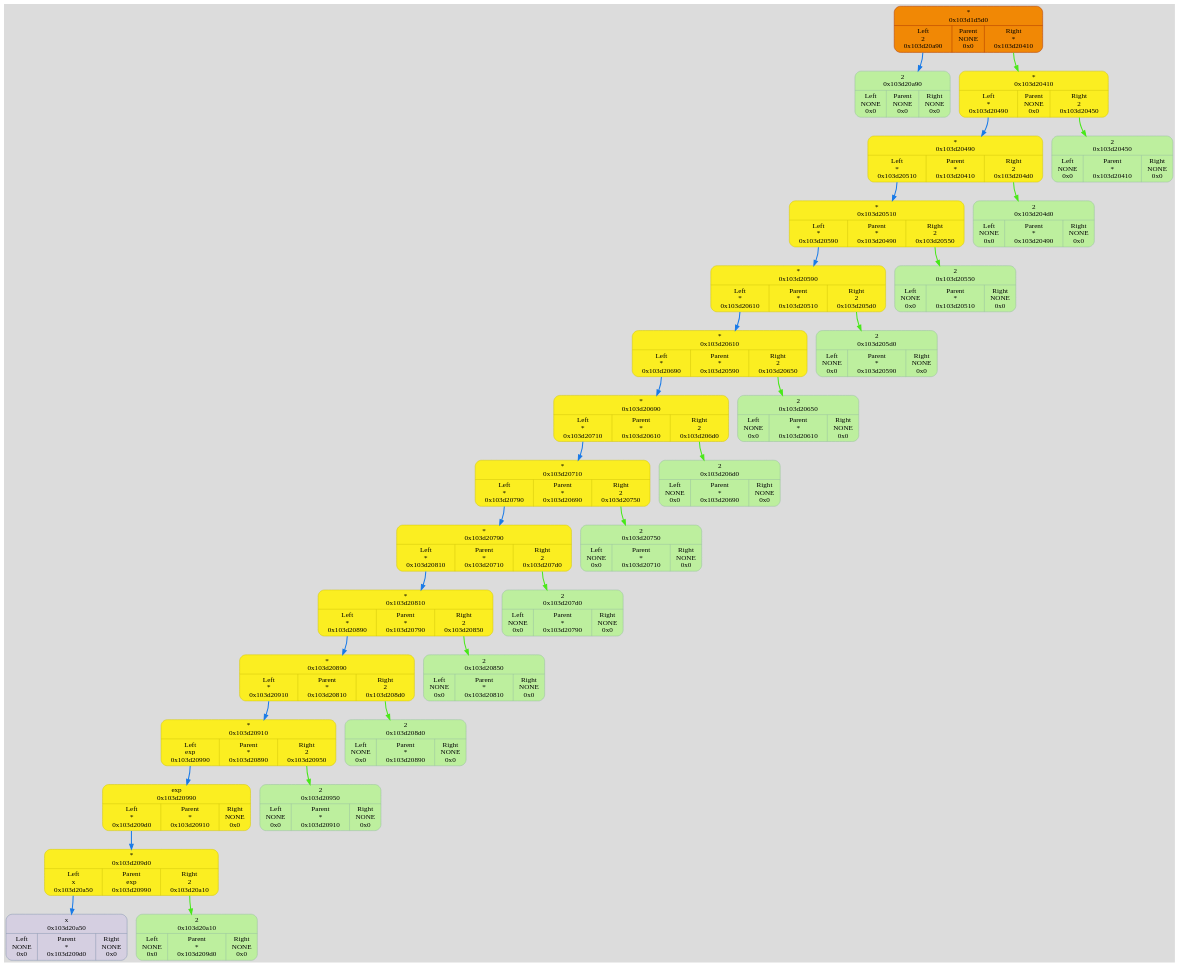
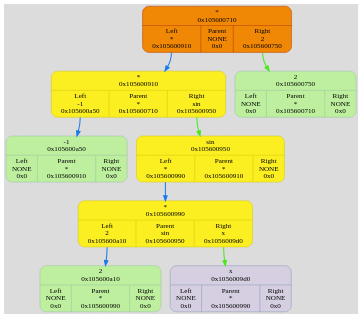
Before and after one commit to TolikRogov/Differentiator: the diagram in dump/graph.dot, drawn with Graphviz. The commit also changed 36 other files, not shown here.

```diff
--- a/dump/graph.dot
+++ b/dump/graph.dot
@@ -2,87 +2,27 @@
 	fontname = "UbuntuMono";
 	bgcolor = "#DCDCDC";
 
-	node0x103d1d5d0 [ shape = Mrecord; style = filled; fillcolor = "#FBEE21"; color = "#D3C70D"; fontcolor = "#000000"; label = " { *\n0x103d1d5d0 | { <left> Left\n2\n0x103d20a90 | Parent\nNONE\n0x0 | <right> Right\n*\n0x103d20410 } } "; ];
-	node0x103d1d5d0:<left> -> node0x103d20a90 [ style = "bold"; color = "#187AE8"; label = ""; ];
-	node0x103d20a90 [ shape = Mrecord; style = filled; fillcolor = "#BDEF9E"; color = "#99c2a2"; fontcolor = "#000000"; label = " { 2\n0x103d20a90 | { <left> Left\nNONE\n0x0 | Parent\nNONE\n0x0 | <right> Right\nNONE\n0x0 } } "; ];
-	node0x103d1d5d0 [ fillcolor = "#F18805"; color = "#AF3800"; fontcolor = "#000000"; ];
-	node0x103d20410 [ shape = Mrecord; style = filled; fillcolor = "#FBEE21"; color = "#D3C70D"; fontcolor = "#000000"; label = " { *\n0x103d20410 | { <left> Left\n*\n0x103d20490 | Parent\nNONE\n0x0 | <right> Right\n2\n0x103d20450 } } "; ];
-	node0x103d20410:<left> -> node0x103d20490 [ style = "bold"; color = "#187AE8"; label = ""; ];
-	node0x103d20490 [ shape = Mrecord; style = filled; fillcolor = "#FBEE21"; color = "#D3C70D"; fontcolor = "#000000"; label = " { *\n0x103d20490 | { <left> Left\n*\n0x103d20510 | Parent\n*\n0x103d20410 | <right> Right\n2\n0x103d204d0 } } "; ];
-	node0x103d20490:<left> -> node0x103d20510 [ style = "bold"; color = "#187AE8"; label = ""; ];
-	node0x103d20510 [ shape = Mrecord; style = filled; fillcolor = "#FBEE21"; color = "#D3C70D"; fontcolor = "#000000"; label = " { *\n0x103d20510 | { <left> Left\n*\n0x103d20590 | Parent\n*\n0x103d20490 | <right> Right\n2\n0x103d20550 } } "; ];
-	node0x103d20510:<left> -> node0x103d20590 [ style = "bold"; color = "#187AE8"; label = ""; ];
-	node0x103d20590 [ shape = Mrecord; style = filled; fillcolor = "#FBEE21"; color = "#D3C70D"; fontcolor = "#000000"; label = " { *\n0x103d20590 | { <left> Left\n*\n0x103d20610 | Parent\n*\n0x103d20510 | <right> Right\n2\n0x103d205d0 } } "; ];
-	node0x103d20590:<left> -> node0x103d20610 [ style = "bold"; color = "#187AE8"; label = ""; ];
-	node0x103d20610 [ shape = Mrecord; style = filled; fillcolor = "#FBEE21"; color = "#D3C70D"; fontcolor = "#000000"; label = " { *\n0x103d20610 | { <left> Left\n*\n0x103d20690 | Parent\n*\n0x103d20590 | <right> Right\n2\n0x103d20650 } } "; ];
-	node0x103d20610:<left> -> node0x103d20690 [ style = "bold"; color = "#187AE8"; label = ""; ];
-	node0x103d20690 [ shape = Mrecord; style = filled; fillcolor = "#FBEE21"; color = "#D3C70D"; fontcolor = "#000000"; label = " { *\n0x103d20690 | { <left> Left\n*\n0x103d20710 | Parent\n*\n0x103d20610 | <right> Right\n2\n0x103d206d0 } } "; ];
-	node0x103d20690:<left> -> node0x103d20710 [ style = "bold"; color = "#187AE8"; label = ""; ];
-	node0x103d20710 [ shape = Mrecord; style = filled; fillcolor = "#FBEE21"; color = "#D3C70D"; fontcolor = "#000000"; label = " { *\n0x103d20710 | { <left> Left\n*\n0x103d20790 | Parent\n*\n0x103d20690 | <right> Right\n2\n0x103d20750 } } "; ];
-	node0x103d20710:<left> -> node0x103d20790 [ style = "bold"; color = "#187AE8"; label = ""; ];
-	node0x103d20790 [ shape = Mrecord; style = filled; fillcolor = "#FBEE21"; color = "#D3C70D"; fontcolor = "#000000"; label = " { *\n0x103d20790 | { <left> Left\n*\n0x103d20810 | Parent\n*\n0x103d20710 | <right> Right\n2\n0x103d207d0 } } "; ];
-	node0x103d20790:<left> -> node0x103d20810 [ style = "bold"; color = "#187AE8"; label = ""; ];
-	node0x103d20810 [ shape = Mrecord; style = filled; fillcolor = "#FBEE21"; color = "#D3C70D"; fontcolor = "#000000"; label = " { *\n0x103d20810 | { <left> Left\n*\n0x103d20890 | Parent\n*\n0x103d20790 | <right> Right\n2\n0x103d20850 } } "; ];
-	node0x103d20810:<left> -> node0x103d20890 [ style = "bold"; color = "#187AE8"; label = ""; ];
-	node0x103d20890 [ shape = Mrecord; style = filled; fillcolor = "#FBEE21"; color = "#D3C70D"; fontcolor = "#000000"; label = " { *\n0x103d20890 | { <left> Left\n*\n0x103d20910 | Parent\n*\n0x103d20810 | <right> Right\n2\n0x103d208d0 } } "; ];
-	node0x103d20890:<left> -> node0x103d20910 [ style = "bold"; color = "#187AE8"; label = ""; ];
-	node0x103d20910 [ shape = Mrecord; style = filled; fillcolor = "#FBEE21"; color = "#D3C70D"; fontcolor = "#000000"; label = " { *\n0x103d20910 | { <left> Left\nexp\n0x103d20990 | Parent\n*\n0x103d20890 | <right> Right\n2\n0x103d20950 } } "; ];
-	node0x103d20910:<left> -> node0x103d20990 [ style = "bold"; color = "#187AE8"; label = ""; ];
-	node0x103d20990 [ shape = Mrecord; style = filled; fillcolor = "#FBEE21"; color = "#D3C70D"; fontcolor = "#000000"; label = " { exp\n0x103d20990 | { <left> Left\n*\n0x103d209d0 | Parent\n*\n0x103d20910 | <right> Right\nNONE\n0x0 } } "; ];
-	node0x103d20990:<left> -> node0x103d209d0 [ style = "bold"; color = "#187AE8"; label = ""; ];
-	node0x103d209d0 [ shape = Mrecord; style = filled; fillcolor = "#FBEE21"; color = "#D3C70D"; fontcolor = "#000000"; label = " { *\n0x103d209d0 | { <left> Left\nx\n0x103d20a50 | Parent\nexp\n0x103d20990 | <right> Right\n2\n0x103d20a10 } } "; ];
-	node0x103d209d0:<left> -> node0x103d20a50 [ style = "bold"; color = "#187AE8"; label = ""; ];
-	node0x103d20a50 [ shape = Mrecord; style = filled; fillcolor = "#D5CFE1"; color = "#8797b2"; fontcolor = "#000000"; label = " { x\n0x103d20a50 | { <left> Left\nNONE\n0x0 | Parent\n*\n0x103d209d0 | <right> Right\nNONE\n0x0 } } "; ];
-	node0x103d1d5d0 [ fillcolor = "#F18805"; color = "#AF3800"; fontcolor = "#000000"; ];
-	node0x103d20a10 [ shape = Mrecord; style = filled; fillcolor = "#BDEF9E"; color = "#99c2a2"; fontcolor = "#000000"; label = " { 2\n0x103d20a10 | { <left> Left\nNONE\n0x0 | Parent\n*\n0x103d209d0 | <right> Right\nNONE\n0x0 } } "; ];
-	node0x103d1d5d0 [ fillcolor = "#F18805"; color = "#AF3800"; fontcolor = "#000000"; ];
-	node0x103d209d0:<right> -> node0x103d20a10 [ style = "bold"; color = "#48E818"; label = ""; ];
-	node0x103d1d5d0 [ fillcolor = "#F18805"; color = "#AF3800"; fontcolor = "#000000"; ];
-	node0x103d1d5d0 [ fillcolor = "#F18805"; color = "#AF3800"; fontcolor = "#000000"; ];
-	node0x103d20950 [ shape = Mrecord; style = filled; fillcolor = "#BDEF9E"; color = "#99c2a2"; fontcolor = "#000000"; label = " { 2\n0x103d20950 | { <left> Left\nNONE\n0x0 | Parent\n*\n0x103d20910 | <right> Right\nNONE\n0x0 } } "; ];
-	node0x103d1d5d0 [ fillcolor = "#F18805"; color = "#AF3800"; fontcolor = "#000000"; ];
-	node0x103d20910:<right> -> node0x103d20950 [ style = "bold"; color = "#48E818"; label = ""; ];
-	node0x103d1d5d0 [ fillcolor = "#F18805"; color = "#AF3800"; fontcolor = "#000000"; ];
-	node0x103d208d0 [ shape = Mrecord; style = filled; fillcolor = "#BDEF9E"; color = "#99c2a2"; fontcolor = "#000000"; label = " { 2\n0x103d208d0 | { <left> Left\nNONE\n0x0 | Parent\n*\n0x103d20890 | <right> Right\nNONE\n0x0 } } "; ];
-	node0x103d1d5d0 [ fillcolor = "#F18805"; color = "#AF3800"; fontcolor = "#000000"; ];
-	node0x103d20890:<right> -> node0x103d208d0 [ style = "bold"; color = "#48E818"; label = ""; ];
-	node0x103d1d5d0 [ fillcolor = "#F18805"; color = "#AF3800"; fontcolor = "#000000"; ];
-	node0x103d20850 [ shape = Mrecord; style = filled; fillcolor = "#BDEF9E"; color = "#99c2a2"; fontcolor = "#000000"; label = " { 2\n0x103d20850 | { <left> Left\nNONE\n0x0 | Parent\n*\n0x103d20810 | <right> Right\nNONE\n0x0 } } "; ];
-	node0x103d1d5d0 [ fillcolor = "#F18805"; color = "#AF3800"; fontcolor = "#000000"; ];
-	node0x103d20810:<right> -> node0x103d20850 [ style = "bold"; color = "#48E818"; label = ""; ];
-	node0x103d1d5d0 [ fillcolor = "#F18805"; color = "#AF3800"; fontcolor = "#000000"; ];
-	node0x103d207d0 [ shape = Mrecord; style = filled; fillcolor = "#BDEF9E"; color = "#99c2a2"; fontcolor = "#000000"; label = " { 2\n0x103d207d0 | { <left> Left\nNONE\n0x0 | Parent\n*\n0x103d20790 | <right> Right\nNONE\n0x0 } } "; ];
-	node0x103d1d5d0 [ fillcolor = "#F18805"; color = "#AF3800"; fontcolor = "#000000"; ];
-	node0x103d20790:<right> -> node0x103d207d0 [ style = "bold"; color = "#48E818"; label = ""; ];
-	node0x103d1d5d0 [ fillcolor = "#F18805"; color = "#AF3800"; fontcolor = "#000000"; ];
-	node0x103d20750 [ shape = Mrecord; style = filled; fillcolor = "#BDEF9E"; color = "#99c2a2"; fontcolor = "#000000"; label = " { 2\n0x103d20750 | { <left> Left\nNONE\n0x0 | Parent\n*\n0x103d20710 | <right> Right\nNONE\n0x0 } } "; ];
-	node0x103d1d5d0 [ fillcolor = "#F18805"; color = "#AF3800"; fontcolor = "#000000"; ];
-	node0x103d20710:<right> -> node0x103d20750 [ style = "bold"; color = "#48E818"; label = ""; ];
-	node0x103d1d5d0 [ fillcolor = "#F18805"; color = "#AF3800"; fontcolor = "#000000"; ];
-	node0x103d206d0 [ shape = Mrecord; style = filled; fillcolor = "#BDEF9E"; color = "#99c2a2"; fontcolor = "#000000"; label = " { 2\n0x103d206d0 | { <left> Left\nNONE\n0x0 | Parent\n*\n0x103d20690 | <right> Right\nNONE\n0x0 } } "; ];
-	node0x103d1d5d0 [ fillcolor = "#F18805"; color = "#AF3800"; fontcolor = "#000000"; ];
-	node0x103d20690:<right> -> node0x103d206d0 [ style = "bold"; color = "#48E818"; label = ""; ];
-	node0x103d1d5d0 [ fillcolor = "#F18805"; color = "#AF3800"; fontcolor = "#000000"; ];
-	node0x103d20650 [ shape = Mrecord; style = filled; fillcolor = "#BDEF9E"; color = "#99c2a2"; fontcolor = "#000000"; label = " { 2\n0x103d20650 | { <left> Left\nNONE\n0x0 | Parent\n*\n0x103d20610 | <right> Right\nNONE\n0x0 } } "; ];
-	node0x103d1d5d0 [ fillcolor = "#F18805"; color = "#AF3800"; fontcolor = "#000000"; ];
-	node0x103d20610:<right> -> node0x103d20650 [ style = "bold"; color = "#48E818"; label = ""; ];
-	node0x103d1d5d0 [ fillcolor = "#F18805"; color = "#AF3800"; fontcolor = "#000000"; ];
-	node0x103d205d0 [ shape = Mrecord; style = filled; fillcolor = "#BDEF9E"; color = "#99c2a2"; fontcolor = "#000000"; label = " { 2\n0x103d205d0 | { <left> Left\nNONE\n0x0 | Parent\n*\n0x103d20590 | <right> Right\nNONE\n0x0 } } "; ];
-	node0x103d1d5d0 [ fillcolor = "#F18805"; color = "#AF3800"; fontcolor = "#000000"; ];
-	node0x103d20590:<right> -> node0x103d205d0 [ style = "bold"; color = "#48E818"; label = ""; ];
-	node0x103d1d5d0 [ fillcolor = "#F18805"; color = "#AF3800"; fontcolor = "#000000"; ];
-	node0x103d20550 [ shape = Mrecord; style = filled; fillcolor = "#BDEF9E"; color = "#99c2a2"; fontcolor = "#000000"; label = " { 2\n0x103d20550 | { <left> Left\nNONE\n0x0 | Parent\n*\n0x103d20510 | <right> Right\nNONE\n0x0 } } "; ];
-	node0x103d1d5d0 [ fillcolor = "#F18805"; color = "#AF3800"; fontcolor = "#000000"; ];
-	node0x103d20510:<right> -> node0x103d20550 [ style = "bold"; color = "#48E818"; label = ""; ];
-	node0x103d1d5d0 [ fillcolor = "#F18805"; color = "#AF3800"; fontcolor = "#000000"; ];
-	node0x103d204d0 [ shape = Mrecord; style = filled; fillcolor = "#BDEF9E"; color = "#99c2a2"; fontcolor = "#000000"; label = " { 2\n0x103d204d0 | { <left> Left\nNONE\n0x0 | Parent\n*\n0x103d20490 | <right> Right\nNONE\n0x0 } } "; ];
-	node0x103d1d5d0 [ fillcolor = "#F18805"; color = "#AF3800"; fontcolor = "#000000"; ];
-	node0x103d20490:<right> -> node0x103d204d0 [ style = "bold"; color = "#48E818"; label = ""; ];
-	node0x103d1d5d0 [ fillcolor = "#F18805"; color = "#AF3800"; fontcolor = "#000000"; ];
-	node0x103d20450 [ shape = Mrecord; style = filled; fillcolor = "#BDEF9E"; color = "#99c2a2"; fontcolor = "#000000"; label = " { 2\n0x103d20450 | { <left> Left\nNONE\n0x0 | Parent\n*\n0x103d20410 | <right> Right\nNONE\n0x0 } } "; ];
-	node0x103d1d5d0 [ fillcolor = "#F18805"; color = "#AF3800"; fontcolor = "#000000"; ];
-	node0x103d20410:<right> -> node0x103d20450 [ style = "bold"; color = "#48E818"; label = ""; ];
-	node0x103d1d5d0 [ fillcolor = "#F18805"; color = "#AF3800"; fontcolor = "#000000"; ];
-	node0x103d1d5d0:<right> -> node0x103d20410 [ style = "bold"; color = "#48E818"; label = ""; ];
-	node0x103d1d5d0 [ fillcolor = "#F18805"; color = "#AF3800"; fontcolor = "#000000"; ];
+	node0x105600710 [ shape = Mrecord; style = filled; fillcolor = "#FBEE21"; color = "#D3C70D"; fontcolor = "#000000"; label = " { *\n0x105600710 | { <left> Left\n*\n0x105600910 | Parent\nNONE\n0x0 | <right> Right\n2\n0x105600750 } } "; ];
+	node0x105600710:<left> -> node0x105600910 [ style = "bold"; color = "#187AE8"; label = ""; ];
+	node0x105600910 [ shape = Mrecord; style = filled; fillcolor = "#FBEE21"; color = "#D3C70D"; fontcolor = "#000000"; label = " { *\n0x105600910 | { <left> Left\n-1\n0x105600a50 | Parent\n*\n0x105600710 | <right> Right\nsin\n0x105600950 } } "; ];
+	node0x105600910:<left> -> node0x105600a50 [ style = "bold"; color = "#187AE8"; label = ""; ];
+	node0x105600a50 [ shape = Mrecord; style = filled; fillcolor = "#BDEF9E"; color = "#99c2a2"; fontcolor = "#000000"; label = " { -1\n0x105600a50 | { <left> Left\nNONE\n0x0 | Parent\n*\n0x105600910 | <right> Right\nNONE\n0x0 } } "; ];
+	node0x105600710 [ fillcolor = "#F18805"; color = "#AF3800"; fontcolor = "#000000"; ];
+	node0x105600950 [ shape = Mrecord; style = filled; fillcolor = "#FBEE21"; color = "#D3C70D"; fontcolor = "#000000"; label = " { sin\n0x105600950 | { <left> Left\n*\n0x105600990 | Parent\n*\n0x105600910 | <right> Right\nNONE\n0x0 } } "; ];
+	node0x105600950:<left> -> node0x105600990 [ style = "bold"; color = "#187AE8"; label = ""; ];
+	node0x105600990 [ shape = Mrecord; style = filled; fillcolor = "#FBEE21"; color = "#D3C70D"; fontcolor = "#000000"; label = " { *\n0x105600990 | { <left> Left\n2\n0x105600a10 | Parent\nsin\n0x105600950 | <right> Right\nx\n0x1056009d0 } } "; ];
+	node0x105600990:<left> -> node0x105600a10 [ style = "bold"; color = "#187AE8"; label = ""; ];
+	node0x105600a10 [ shape = Mrecord; style = filled; fillcolor = "#BDEF9E"; color = "#99c2a2"; fontcolor = "#000000"; label = " { 2\n0x105600a10 | { <left> Left\nNONE\n0x0 | Parent\n*\n0x105600990 | <right> Right\nNONE\n0x0 } } "; ];
+	node0x105600710 [ fillcolor = "#F18805"; color = "#AF3800"; fontcolor = "#000000"; ];
+	node0x1056009d0 [ shape = Mrecord; style = filled; fillcolor = "#D5CFE1"; color = "#8797b2"; fontcolor = "#000000"; label = " { x\n0x1056009d0 | { <left> Left\nNONE\n0x0 | Parent\n*\n0x105600990 | <right> Right\nNONE\n0x0 } } "; ];
+	node0x105600710 [ fillcolor = "#F18805"; color = "#AF3800"; fontcolor = "#000000"; ];
+	node0x105600990:<right> -> node0x1056009d0 [ style = "bold"; color = "#48E818"; label = ""; ];
+	node0x105600710 [ fillcolor = "#F18805"; color = "#AF3800"; fontcolor = "#000000"; ];
+	node0x105600710 [ fillcolor = "#F18805"; color = "#AF3800"; fontcolor = "#000000"; ];
+	node0x105600910:<right> -> node0x105600950 [ style = "bold"; color = "#48E818"; label = ""; ];
+	node0x105600710 [ fillcolor = "#F18805"; color = "#AF3800"; fontcolor = "#000000"; ];
+	node0x105600750 [ shape = Mrecord; style = filled; fillcolor = "#BDEF9E"; color = "#99c2a2"; fontcolor = "#000000"; label = " { 2\n0x105600750 | { <left> Left\nNONE\n0x0 | Parent\n*\n0x105600710 | <right> Right\nNONE\n0x0 } } "; ];
+	node0x105600710 [ fillcolor = "#F18805"; color = "#AF3800"; fontcolor = "#000000"; ];
+	node0x105600710:<right> -> node0x105600750 [ style = "bold"; color = "#48E818"; label = ""; ];
+	node0x105600710 [ fillcolor = "#F18805"; color = "#AF3800"; fontcolor = "#000000"; ];
 }
```
